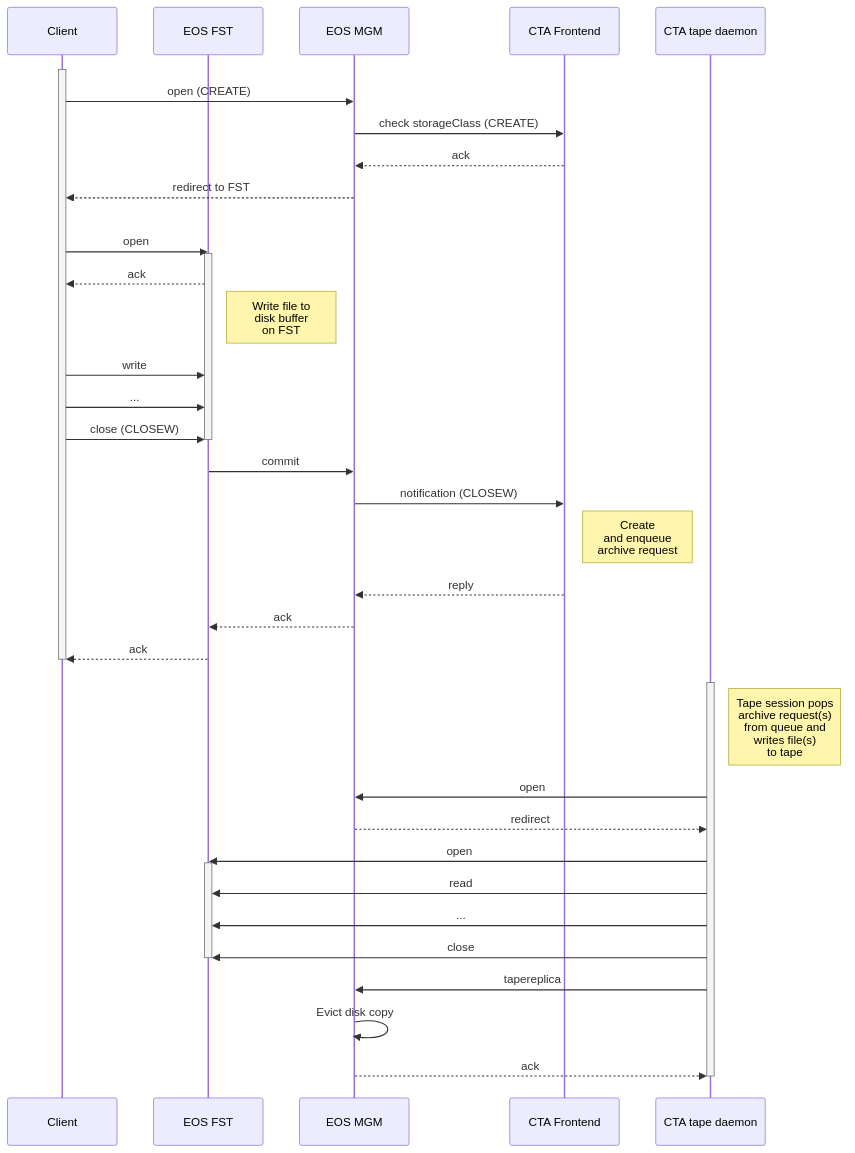
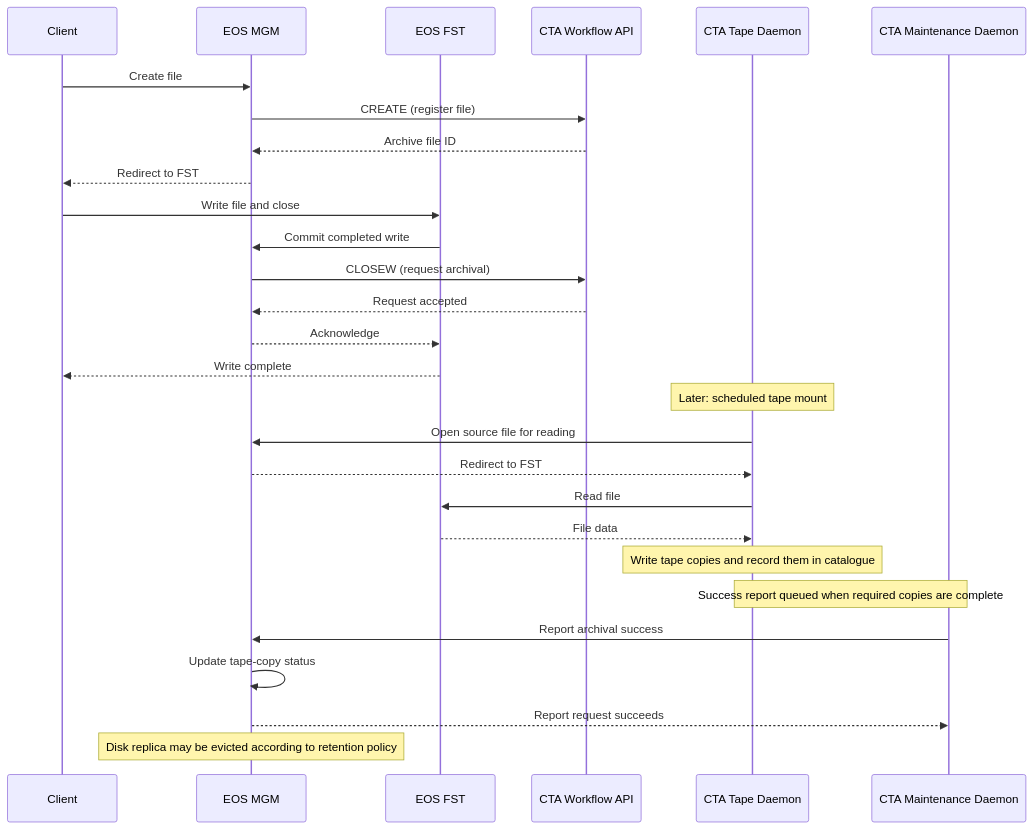
One commit to cern-cta/CTA changed the diagram in docs/content/concepts/data-management/archival.md. Above: the diagram before and after it, drawn with Mermaid. The commit also changed other lines of this file and 24 other files, not shown here.

````diff
--- a/docs/content/concepts/data-management/archival.md
+++ b/docs/content/concepts/data-management/archival.md
@@ -21,48 +39,32 @@
 ```mermaid
 sequenceDiagram
-    participant Client as Client
+    participant Client
+    participant MGM as EOS MGM
     participant FST as EOS FST
-    participant MGM as EOS MGM
-    participant FE as CTA Frontend
-    participant TS as CTA tape daemon
-    rect rgba(255,255,255,0.1)
-    activate Client
-    Client ->> MGM: open (CREATE)
-    MGM ->> FE: check storageClass (CREATE)
-    FE -->> MGM: ack
-    MGM -->> Client: redirect to FST
-    end
-    rect rgba(255,255,255,0.1)
-    Client ->> FST: open
-    activate FST
-    FST -->> Client: ack
-    Note right of FST: Write file to<br/>disk buffer<br/>on FST
-    Client ->> FST: write
-    Client ->> FST: ...
-    Client ->> FST: close (CLOSEW)
-    deactivate FST
-    FST ->> MGM: commit
-    MGM ->> FE: notification (CLOSEW)
-    Note right of FE: Create<br/>and enqueue<br/>archive request
-    FE  -->> MGM: reply
-    MGM -->> FST: ack
-    FST -->> Client: ack
-    deactivate Client
-    end
-    rect rgba(255,255,255,0.1)
-    activate TS
-    Note right of TS: Tape session pops<br/>archive request(s)<br/>from queue and<br/>writes file(s)<br/>to tape
-    TS ->> MGM: open
-    MGM -->> TS: redirect
-    TS ->> FST: open
-    activate FST
-    TS ->> FST: read
-    TS ->> FST: ...
-    TS ->> FST: close
-    deactivate FST
-    TS ->> MGM: tapereplica
-    MGM ->> MGM: Evict disk copy
-    MGM -->> TS: ack
-    deactivate TS
-    end
+    participant API as CTA Workflow API
+    participant TD as CTA Tape Daemon
+    participant MD as CTA Maintenance Daemon
+
+    Client ->> MGM: Create file
+    MGM ->> API: CREATE (register file)
+    API -->> MGM: Archive file ID
+    MGM -->> Client: Redirect to FST
+    Client ->> FST: Write file and close
+    FST ->> MGM: Commit completed write
+    MGM ->> API: CLOSEW (request archival)
+    API -->> MGM: Request accepted
+    MGM -->> FST: Acknowledge
+    FST -->> Client: Write complete
+
+    Note over TD: Later: scheduled tape mount
+    TD ->> MGM: Open source file for reading
+    MGM -->> TD: Redirect to FST
+    TD ->> FST: Read file
+    FST -->> TD: File data
+    Note over TD: Write tape copies and record them in catalogue
+    Note over TD,MD: Success report queued when required copies are complete
+    MD ->> MGM: Report archival success
+    MGM ->> MGM: Update tape-copy status
+    MGM -->> MD: Report request succeeds
+    Note over MGM: Disk replica may be evicted according to retention policy
 ```
````
